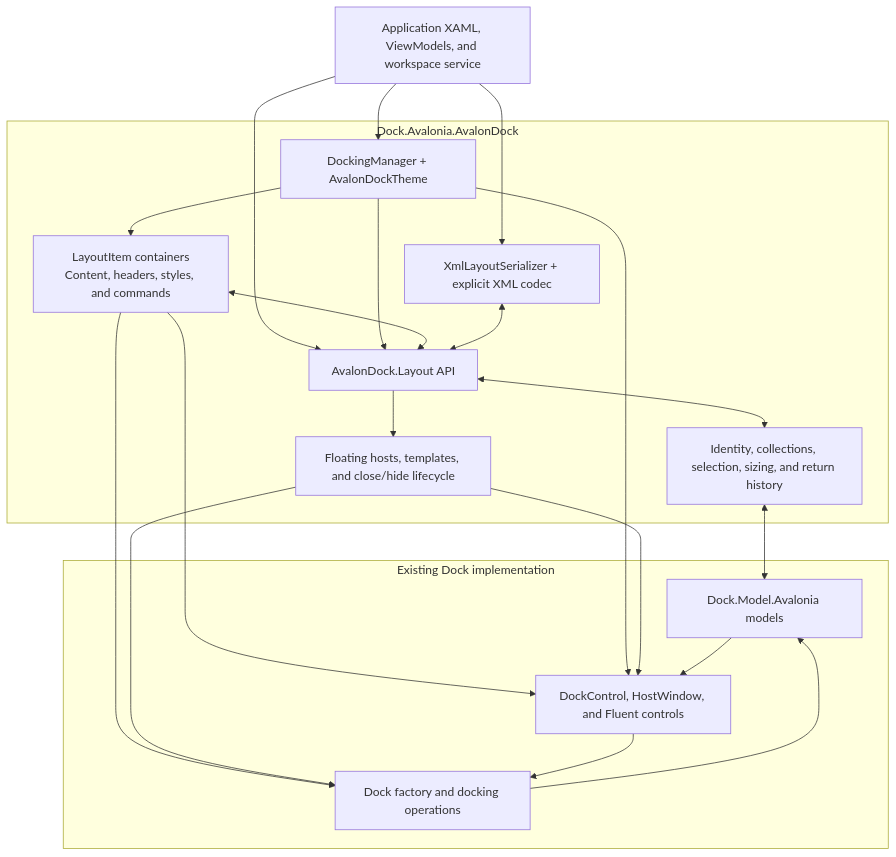
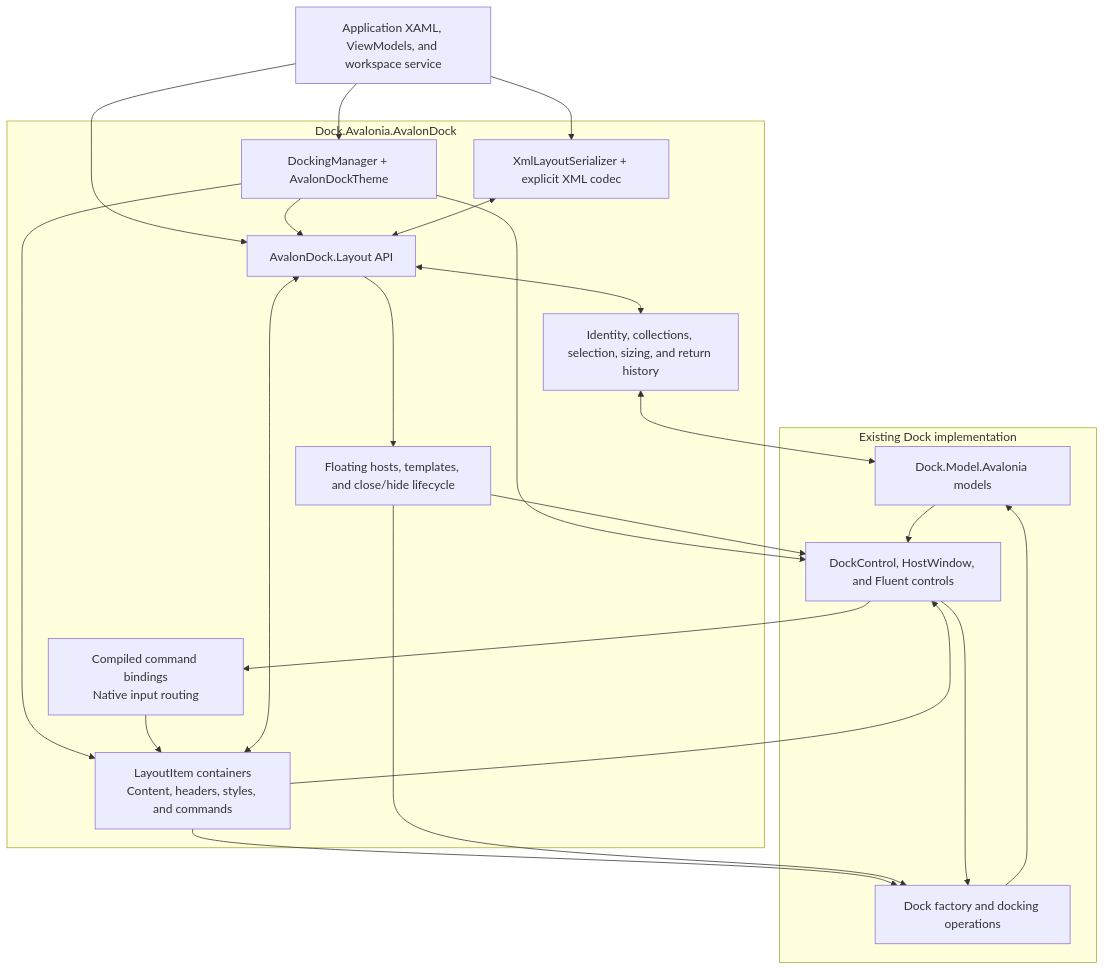
The diagram in docfx/articles/dock-avalondock.md (wieslawsoltes/Dock), drawn with Mermaid before and after one commit. The commit also changed other lines of this file and 14 other files, not shown here.

Commit message:
Route native Dock controls through AvalonDock item commands

````diff
--- a/docfx/articles/dock-avalondock.md
+++ b/docfx/articles/dock-avalondock.md
@@ -408,35 +430,38 @@
 ```mermaid
 flowchart TB
     App["Application XAML, ViewModels, and workspace service"]
     subgraph Compatibility["Dock.Avalonia.AvalonDock"]
         Manager["DockingManager + AvalonDockTheme"]
         Layout["AvalonDock.Layout API"]
         Items["LayoutItem containers<br/>Content, headers, styles, and commands"]
+        Commands["Compiled command bindings<br/>Native input routing"]
         Bridge["Identity, collections, selection, sizing, and return history"]
         Lifecycle["Floating hosts, templates, and close/hide lifecycle"]
         Xml["XmlLayoutSerializer + explicit XML codec"]
     end
     subgraph Native["Existing Dock implementation"]
         Models["Dock.Model.Avalonia models"]
         Factory["Dock factory and docking operations"]
         Controls["DockControl, HostWindow, and Fluent controls"]
     end
     App --> Manager
     App --> Layout
     App --> Xml
     Manager --> Layout
     Manager --> Items
     Items <--> Layout
     Items --> Factory
     Items --> Controls
+    Controls --> Commands
+    Commands --> Items
     Manager --> Controls
     Layout <--> Bridge
     Bridge <--> Models
     Layout --> Lifecycle
     Lifecycle --> Factory
     Lifecycle --> Controls
     Controls --> Factory
     Factory --> Models
     Models --> Controls
     Xml <--> Layout
 ```
````
